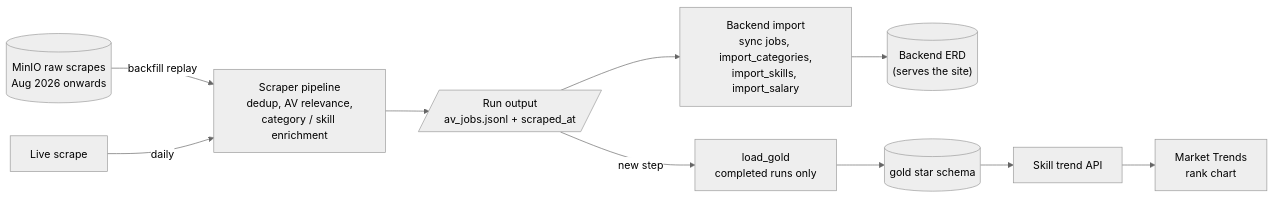
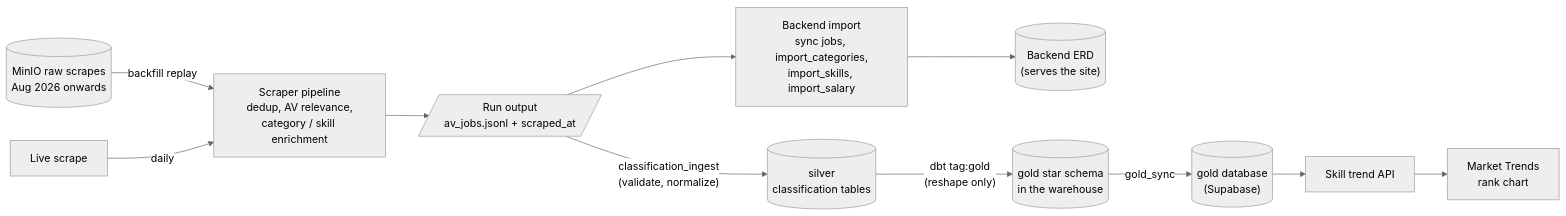
One commit to husthunterpy01/Autonomous_Vehicle_Job_Profiles_Group3 changed the first of 2 diagrams in document/gold-trend-mart/README.md. Above: the diagram before and after it, drawn with Mermaid (neutral theme). The commit also changed other lines of this file and 2 other files, not shown here.

First line of the commit message:
docs: describe the dbt gold pipeline and gold database in the skill trend docs (DOC-13)

````diff
--- a/document/gold-trend-mart/README.md
+++ b/document/gold-trend-mart/README.md
@@ -27,9 +29,11 @@
 ```mermaid
 flowchart LR
     MINIO[("MinIO raw scrapes<br/>Aug 2026 onwards")] -- "backfill replay" --> PIPE
     LIVE["Live scrape"] -- "daily" --> PIPE
     PIPE["Scraper pipeline<br/>dedup, AV relevance,<br/>category / skill enrichment"] --> OUT[/"Run output<br/>av_jobs.jsonl + scraped_at"/]
     OUT --> IMPORT["Backend import<br/>sync jobs, import_categories,<br/>import_skills, import_salary"] --> ERD[("Backend ERD<br/>(serves the site)")]
-    OUT -- "new step" --> LOAD["load_gold<br/>completed runs only"] --> GOLD[("gold star schema")]
-    GOLD --> API["Skill trend API"] --> CHART["Market Trends<br/>rank chart"]
+    OUT -- "classification_ingest<br/>(validate, normalize)" --> SILVER[("silver<br/>classification tables")]
+    SILVER -- "dbt tag:gold<br/>(reshape only)" --> GOLD[("gold star schema<br/>in the warehouse")]
+    GOLD -- "gold_sync" --> GOLDDB[("gold database<br/>(Supabase)")]
+    GOLDDB --> API["Skill trend API"] --> CHART["Market Trends<br/>rank chart"]
 ```
````
